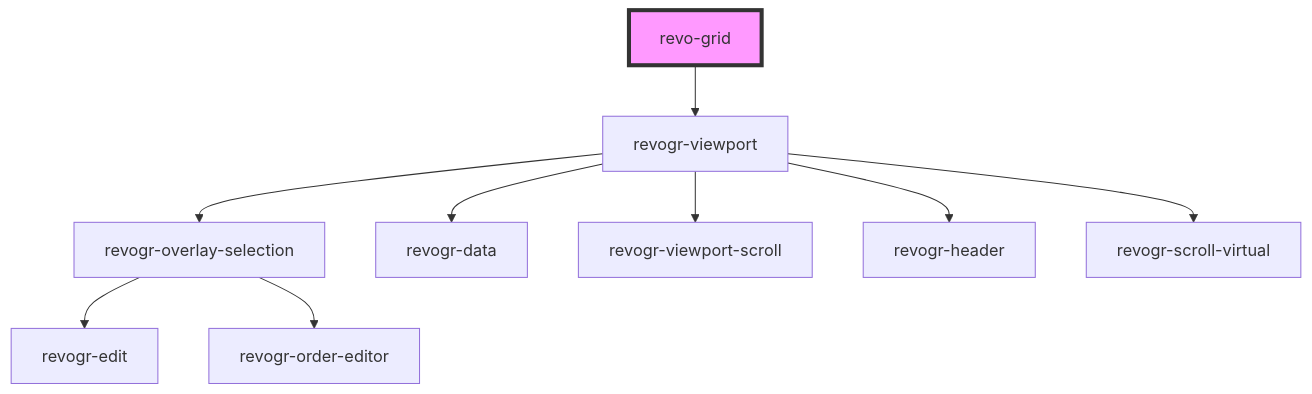
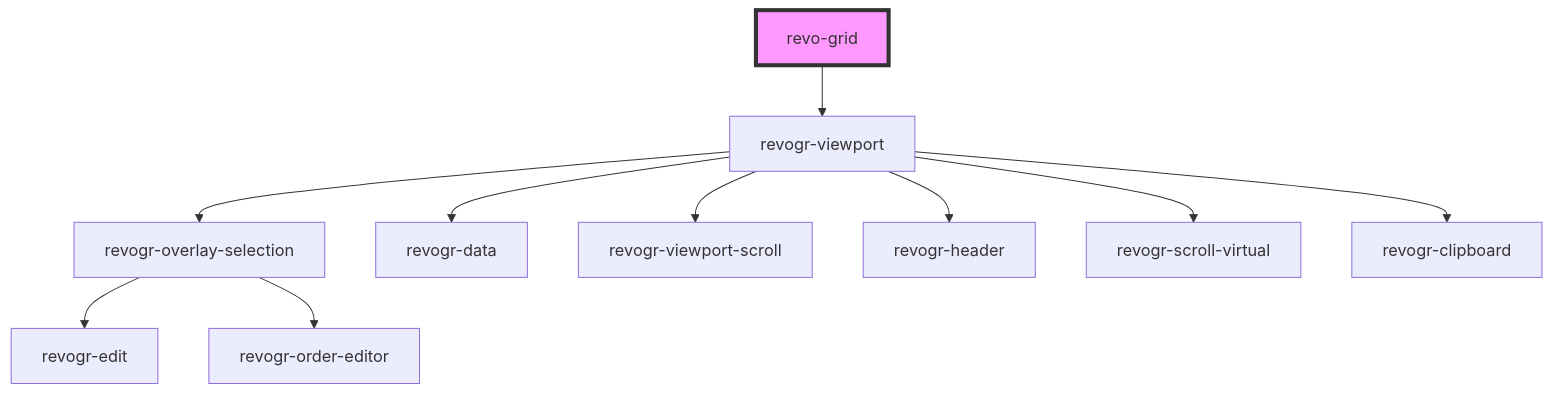
One commit to revolist/revogrid changed the diagram in src/components/revo-grid/readme.md. Above: the diagram before and after it, drawn with Mermaid. The commit also changed 11 other files, not shown here.

````diff
--- a/src/components/revo-grid/readme.md
+++ b/src/components/revo-grid/readme.md
@@ -50,12 +50,13 @@
 ```mermaid
 graph TD;
   revo-grid --> revogr-viewport
   revogr-viewport --> revogr-overlay-selection
   revogr-viewport --> revogr-data
   revogr-viewport --> revogr-viewport-scroll
   revogr-viewport --> revogr-header
   revogr-viewport --> revogr-scroll-virtual
+  revogr-viewport --> revogr-clipboard
   revogr-overlay-selection --> revogr-edit
   revogr-overlay-selection --> revogr-order-editor
   style revo-grid fill:#f9f,stroke:#333,stroke-width:4px
 ```
````
